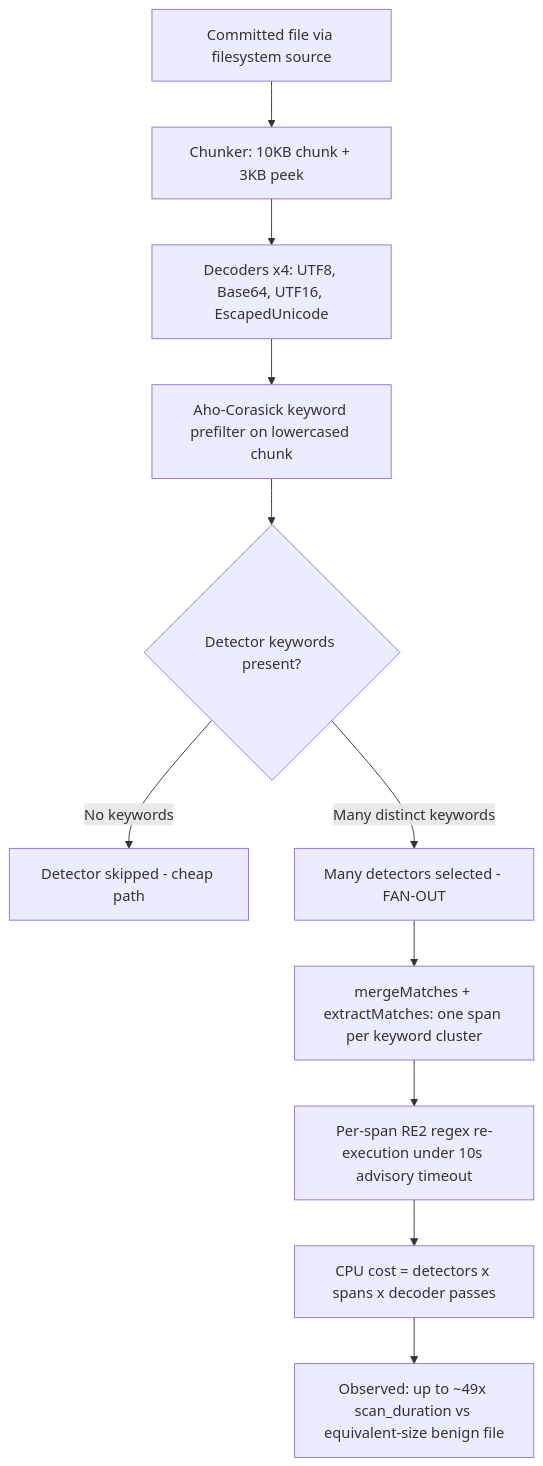
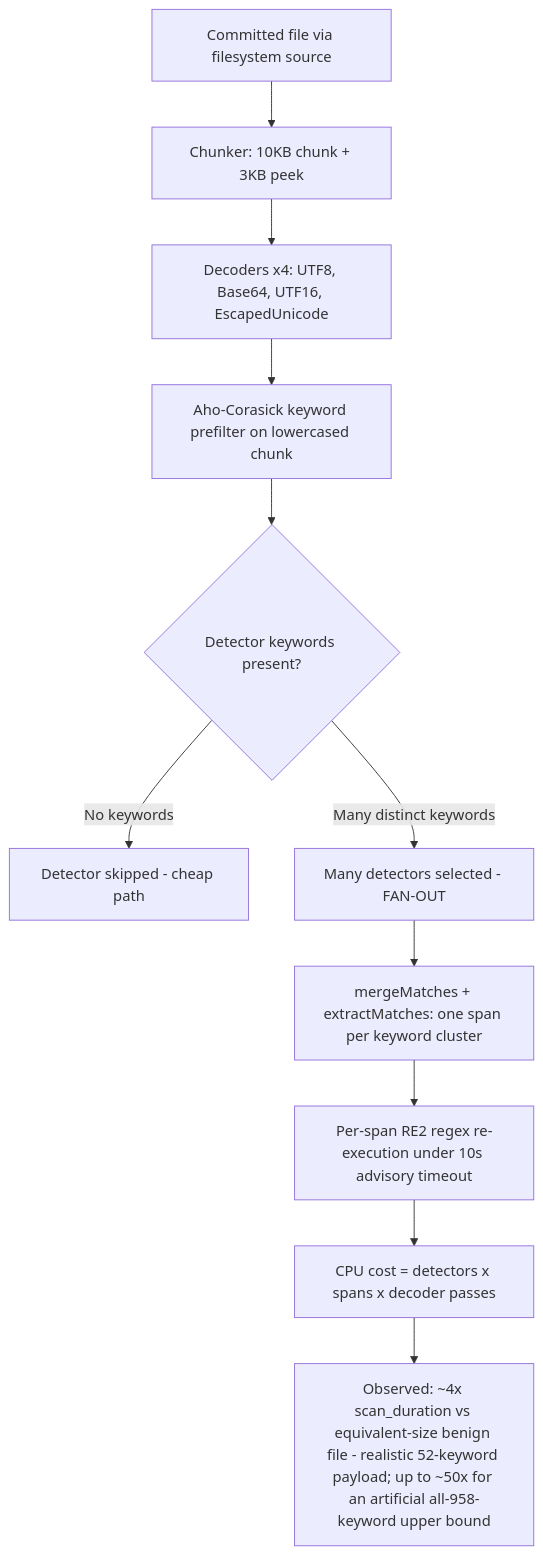
The diagram in blitzy/documentation/trufflehog_e42153d44a5e.md (blitzy-research/trufflehog), drawn with Mermaid before and after one commit. The commit also changed other lines of this file, not shown here.

````diff
--- a/blitzy/documentation/trufflehog_e42153d44a5e.md
+++ b/blitzy/documentation/trufflehog_e42153d44a5e.md
@@ -631,14 +856,14 @@
 ```mermaid
 flowchart TD
     A[Committed file via filesystem source] --> B[Chunker: 10KB chunk + 3KB peek]
     B --> C[Decoders x4: UTF8, Base64, UTF16, EscapedUnicode]
     C --> D[Aho-Corasick keyword prefilter on lowercased chunk]
     D --> E{Detector keywords present?}
     E -->|No keywords| F[Detector skipped - cheap path]
     E -->|Many distinct keywords| G[Many detectors selected - FAN-OUT]
     G --> H[mergeMatches + extractMatches: one span per keyword cluster]
     H --> I[Per-span RE2 regex re-execution under 10s advisory timeout]
     I --> J[CPU cost = detectors x spans x decoder passes]
-    J --> K[Observed: up to ~49x scan_duration vs equivalent-size benign file]
+    J --> K[Observed: ~4x scan_duration vs equivalent-size benign file - realistic 52-keyword payload; up to ~50x for an artificial all-958-keyword upper bound]
 %% RE2 guarantees linear time per match; amplification is multiplicative, not exponential
 ```
````
